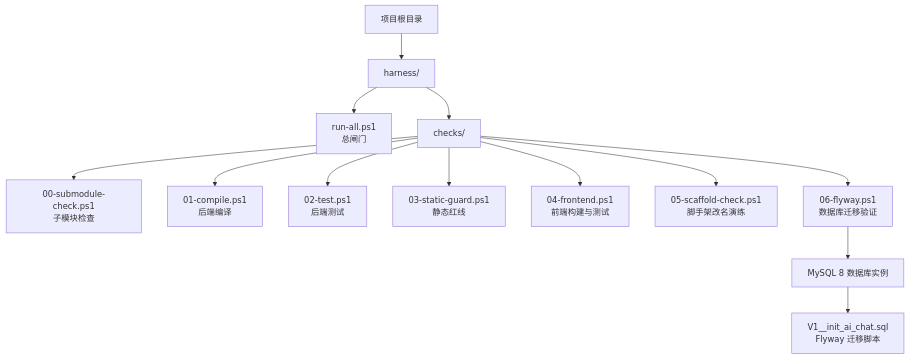
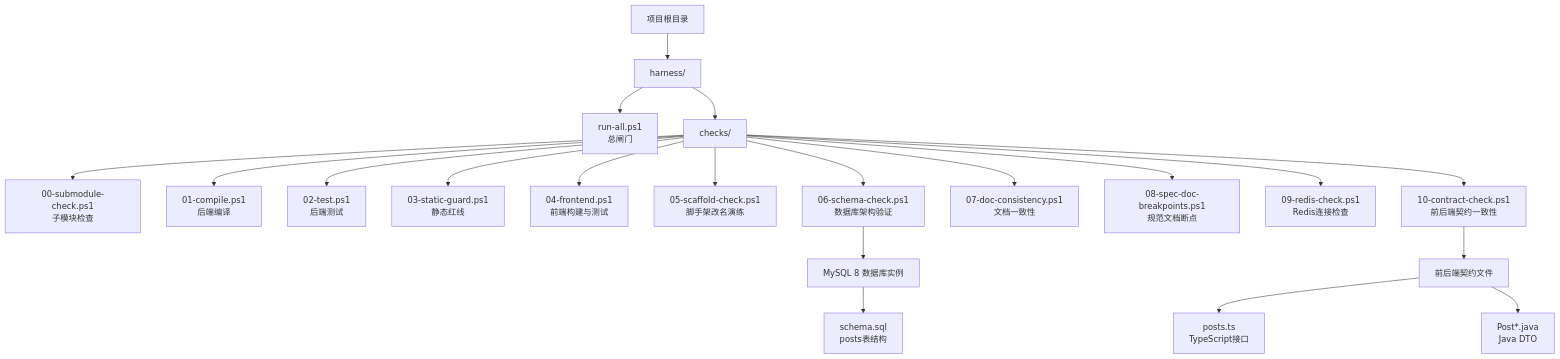
The first of 8 diagrams in .qoder/repowiki/zh/content/自动化验证/闸门系统概述.md (luyitiger6/my-first-project), drawn with Mermaid before and after one commit. The commit also changed other lines of this file and 54 other files, not shown here.

````diff
--- a/.qoder/repowiki/zh/content/自动化验证/闸门系统概述.md
+++ b/.qoder/repowiki/zh/content/自动化验证/闸门系统概述.md
@@ -57,15 +64,22 @@
 ```mermaid
 graph TB
 Root["项目根目录"] --> Harness["harness/"]
 Harness --> RunAll["run-all.ps1<br/>总闸门"]
 Harness --> Checks["checks/"]
 Checks --> C00["00-submodule-check.ps1<br/>子模块检查"]
 Checks --> C01["01-compile.ps1<br/>后端编译"]
 Checks --> C02["02-test.ps1<br/>后端测试"]
 Checks --> C03["03-static-guard.ps1<br/>静态红线"]
 Checks --> C04["04-frontend.ps1<br/>前端构建与测试"]
 Checks --> C05["05-scaffold-check.ps1<br/>脚手架改名演练"]
-Checks --> C06["06-flyway.ps1<br/>数据库迁移验证"]
+Checks --> C06["06-schema-check.ps1<br/>数据库架构验证"]
+Checks --> C07["07-doc-consistency.ps1<br/>文档一致性"]
+Checks --> C08["08-spec-doc-breakpoints.ps1<br/>规范文档断点"]
+Checks --> C09["09-redis-check.ps1<br/>Redis连接检查"]
+Checks --> C10["10-contract-check.ps1<br/>前后端契约一致性"]
 C06 --> DB["MySQL 8 数据库实例"]
-DB --> Migration["V1__init_ai_chat.sql<br/>Flyway 迁移脚本"]
+DB --> Schema["schema.sql<br/>posts表结构"]
+C10 --> Contracts["前后端契约文件"]
+Contracts --> PostsTS["posts.ts<br/>TypeScript接口"]
+Contracts --> PostDTO["Post*.java<br/>Java DTO"]
 ```
````
